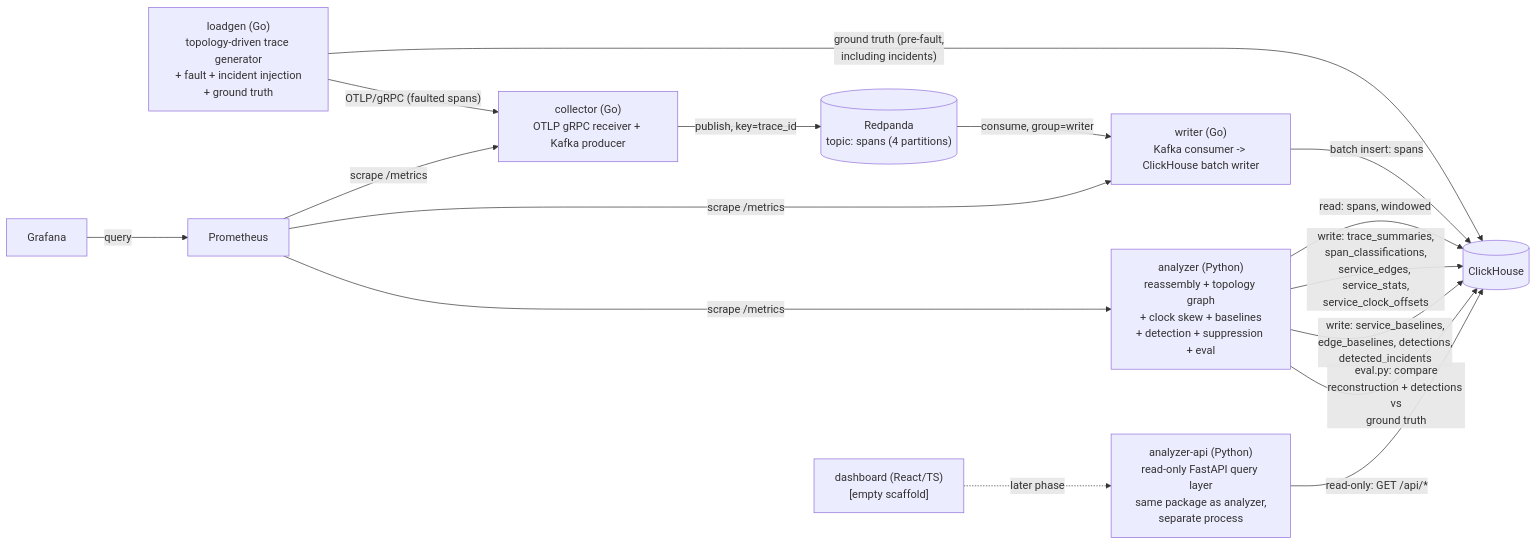
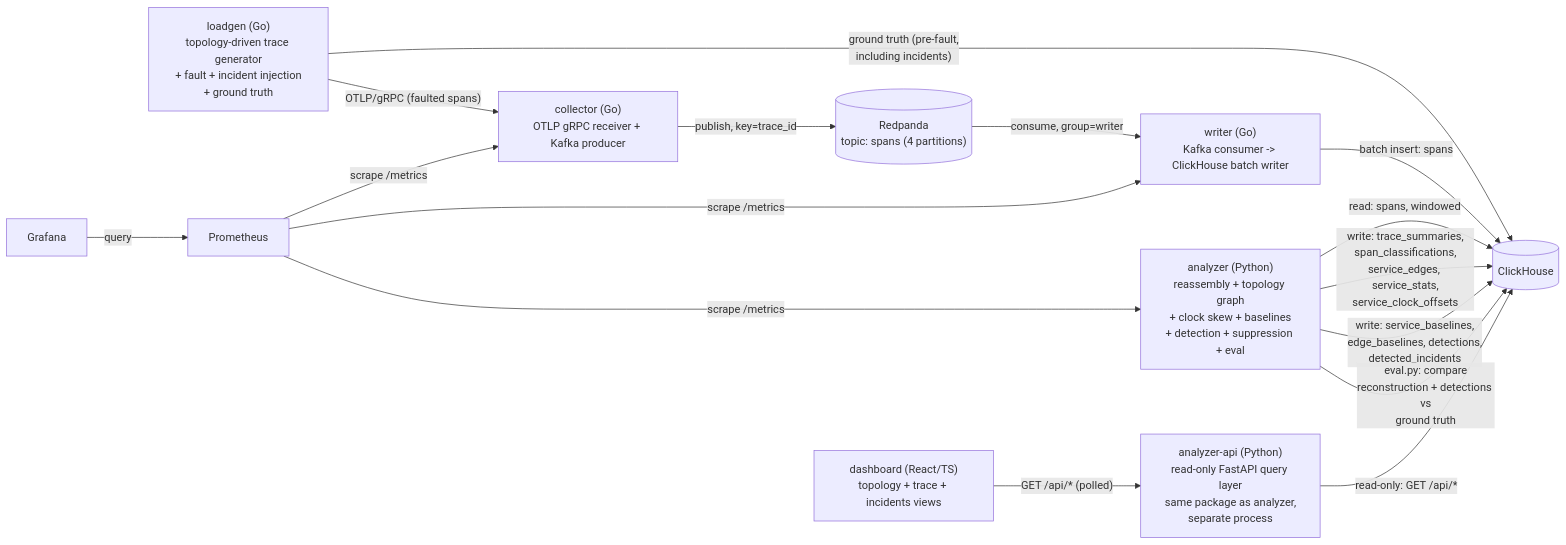
One commit to kishoreqwerty/distributed-tracing-platform changed the diagram in docs/ARCHITECTURE.md. Above: the diagram before and after it, drawn with Mermaid. The commit also changed other lines of this file and 35 other files, not shown here.

````diff
--- a/docs/ARCHITECTURE.md
+++ b/docs/ARCHITECTURE.md
@@ -5,29 +5,29 @@
 ```mermaid
 flowchart LR
     loadgen["loadgen (Go)\ntopology-driven trace generator\n+ fault + incident injection\n+ ground truth"]
     collector["collector (Go)\nOTLP gRPC receiver + Kafka producer"]
     redpanda[("Redpanda\ntopic: spans (4 partitions)")]
     writer["writer (Go)\nKafka consumer -> ClickHouse batch writer"]
     clickhouse[("ClickHouse")]
     analyzer["analyzer (Python)\nreassembly + topology graph\n+ clock skew + baselines\n+ detection + suppression + eval"]
     api["analyzer-api (Python)\nread-only FastAPI query layer\nsame package as analyzer,\nseparate process"]
     prometheus["Prometheus"]
     grafana["Grafana"]
-    dashboard["dashboard (React/TS)\n[empty scaffold]"]
+    dashboard["dashboard (React/TS)\ntopology + trace + incidents views"]
 
     loadgen -- "OTLP/gRPC (faulted spans)" --> collector
     loadgen -- "ground truth (pre-fault,\nincluding incidents)" --> clickhouse
     collector -- "publish, key=trace_id" --> redpanda
     redpanda -- "consume, group=writer" --> writer
     writer -- "batch insert: spans" --> clickhouse
     analyzer -- "read: spans, windowed" --> clickhouse
     analyzer -- "write: trace_summaries,\nspan_classifications,\nservice_edges, service_stats,\nservice_clock_offsets" --> clickhouse
     analyzer -- "write: service_baselines,\nedge_baselines, detections,\ndetected_incidents" --> clickhouse
     analyzer -- "eval.py: compare\nreconstruction + detections vs\nground truth" --> clickhouse
     api -- "read-only: GET /api/*" --> clickhouse
     prometheus -- "scrape /metrics" --> collector
     prometheus -- "scrape /metrics" --> writer
     prometheus -- "scrape /metrics" --> analyzer
     grafana -- "query" --> prometheus
-    dashboard -. "later phase" .-> api
+    dashboard -- "GET /api/* (polled)" --> api
 ```
````
